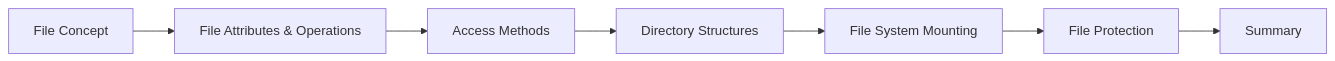
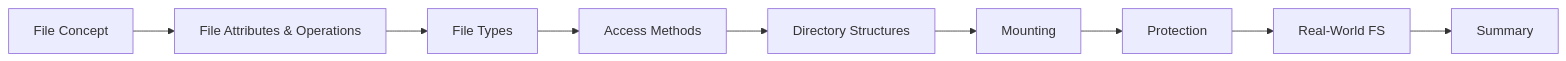
The diagram in docs/courses/operating-systems/10-file-systems.md (Raushan666java/ai-engineering-journey), drawn with Mermaid before and after one commit. The commit also changed other lines of this file and 17 other files, not shown here.

```diff
--- a/docs/courses/operating-systems/10-file-systems.md
+++ b/docs/courses/operating-systems/10-file-systems.md
@@ -29,9 +34,11 @@
 <div class="mermaid">
 flowchart LR
     A[File Concept] --> B[File Attributes & Operations]
-    B --> C[Access Methods]
-    C --> D[Directory Structures]
-    D --> E[File System Mounting]
-    E --> F[File Protection]
-    F --> G[Summary]
+    B --> C[File Types]
+    C --> D[Access Methods]
+    D --> E[Directory Structures]
+    E --> F[Mounting]
+    F --> G[Protection]
+    G --> H[Real-World FS]
+    H --> I[Summary]
 </div>
```
